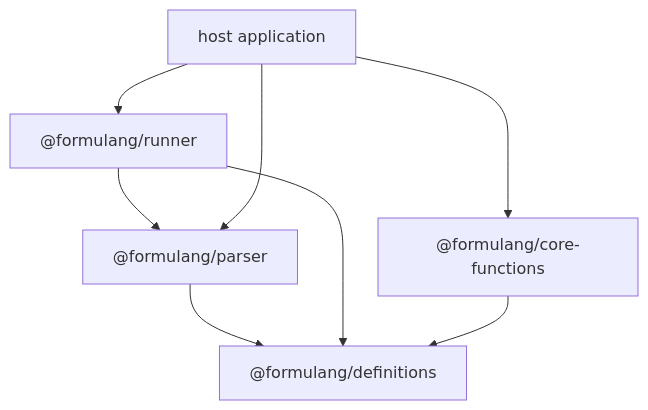
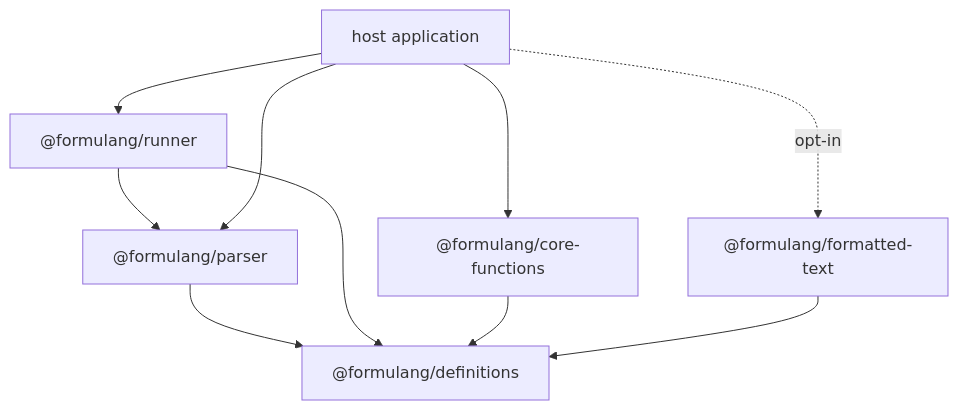
One commit to formulang/formula changed the second of 4 diagrams in docs/architecture.md. Above: the diagram before and after it, drawn with Mermaid. The commit also changed other lines of this file and 28 other files, not shown here.

````diff
--- a/docs/architecture.md
+++ b/docs/architecture.md
@@ -23,10 +24,12 @@
 ```mermaid
 graph TD
     P["@formulang/parser"] --> D["@formulang/definitions"]
     R["@formulang/runner"] --> D
     R --> P
     C["@formulang/core-functions"] --> D
+    F["@formulang/formatted-text"] --> D
     APP["host application"] --> P
     APP --> R
     APP --> C
+    APP -. opt-in .-> F
 ```
````
